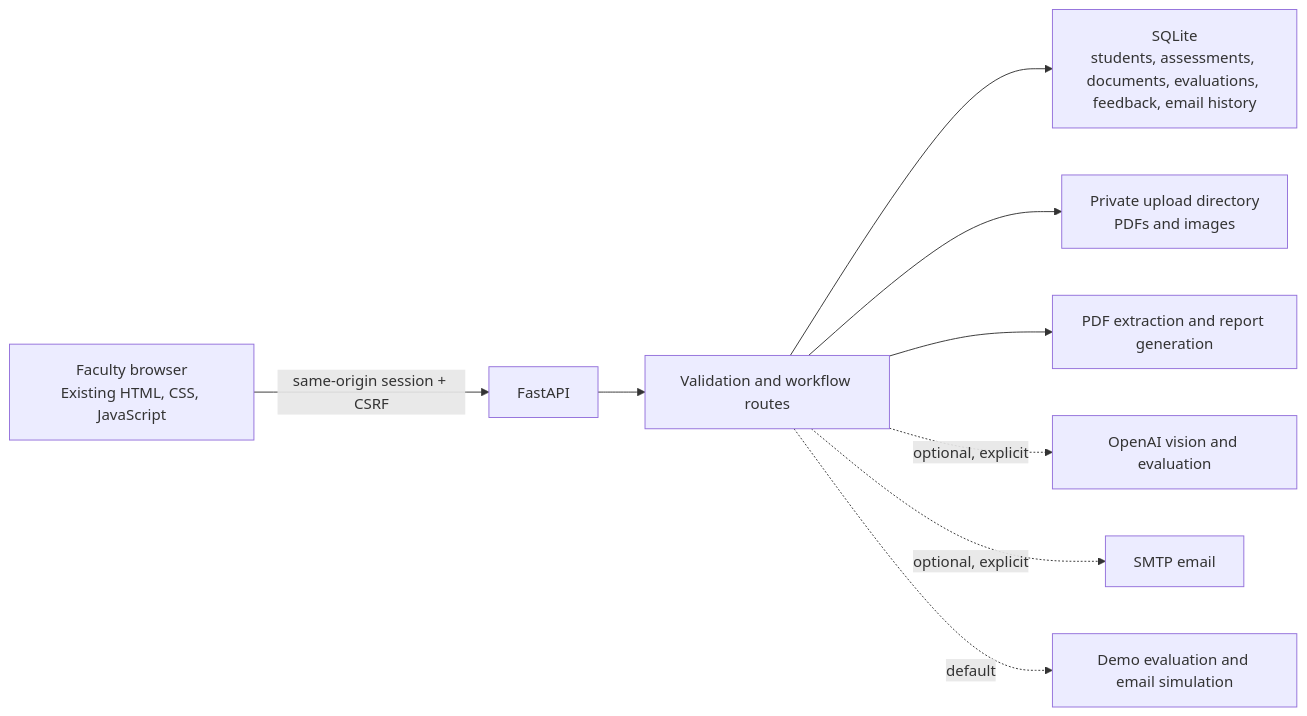
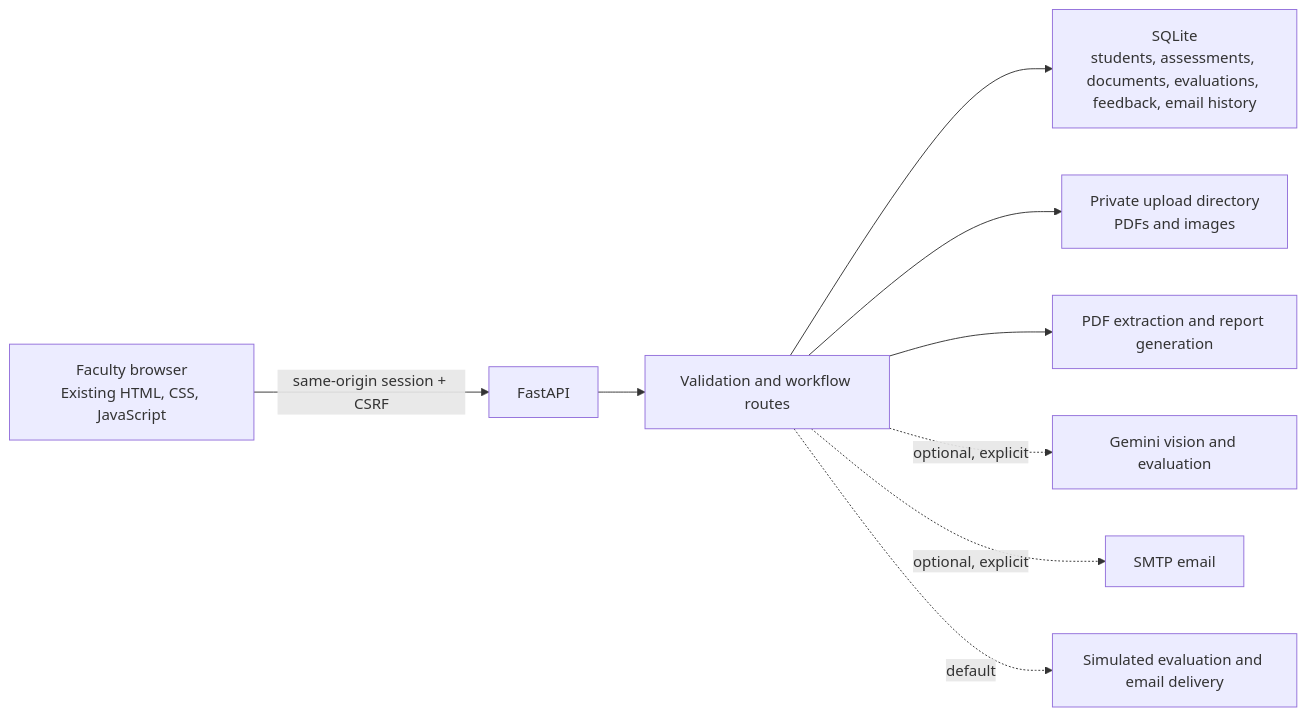
The diagram in README.md (Abhiholic16/evalai-platform), drawn with Mermaid before and after one commit. The commit also changed other lines of this file and 24 other files, not shown here.

````diff
--- a/README.md
+++ b/README.md
@@ -23,11 +23,11 @@
 ```mermaid
 flowchart LR
   F[Faculty browser\nExisting HTML, CSS, JavaScript] -->|same-origin session + CSRF| A[FastAPI]
   A --> V[Validation and workflow routes]
   V --> D[SQLite\nstudents, assessments, documents, evaluations, feedback, email history]
   V --> S[Private upload directory\nPDFs and images]
   V --> P[PDF extraction and report generation]
-  V -. optional, explicit .-> O[OpenAI vision and evaluation]
+  V -. optional, explicit .-> O[Gemini vision and evaluation]
   V -. optional, explicit .-> M[SMTP email]
-  V -. default .-> E[Demo evaluation and email simulation]
+  V -. default .-> E[Simulated evaluation and email delivery]
 ```
````
